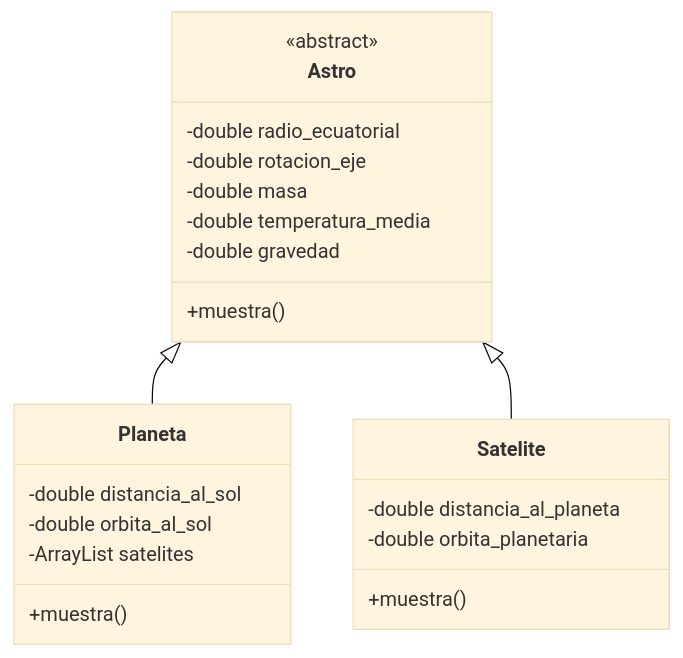
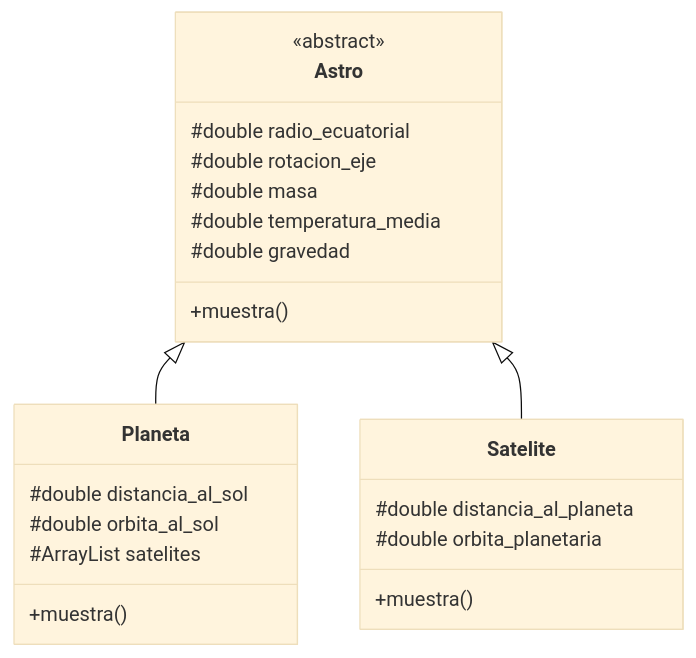
The first of 3 diagrams in UD08/UD08_ejercicios_ES.md (martinezpenya/PRG-CFGS-2324), drawn with Mermaid (base theme) before and after one commit. The commit also changed 1 other file, not shown here.

Commit message:
Protected attributes in Astro exercise

````diff
--- a/UD08/UD08_ejercicios_ES.md
+++ b/UD08/UD08_ejercicios_ES.md
@@ -368,24 +368,24 @@
 ```mermaid
  classDiagram
    Astro <|-- Planeta
    Astro <|-- Satelite
    
-   Astro : -double radio_ecuatorial
-   Astro : -double rotacion_eje
-   Astro : -double masa
-   Astro: -double temperatura_media
-   Astro: -double gravedad
+   Astro : #double radio_ecuatorial
+   Astro : #double rotacion_eje
+   Astro : #double masa
+   Astro: #double temperatura_media
+   Astro: #double gravedad
    Astro: +muestra()
    <<abstract>> Astro
    class Planeta{
-     -double distancia_al_sol
-     -double orbita_al_sol
-     -ArrayList<Satelite> satelites
+     #double distancia_al_sol
+     #double orbita_al_sol
+     #ArrayList<Satelite> satelites
      +muestra()
    }
    class Satelite{
-    -double distancia_al_planeta
-    -double orbita_planetaria
+    #double distancia_al_planeta
+    #double orbita_planetaria
     +muestra()
    }
 ```
````
